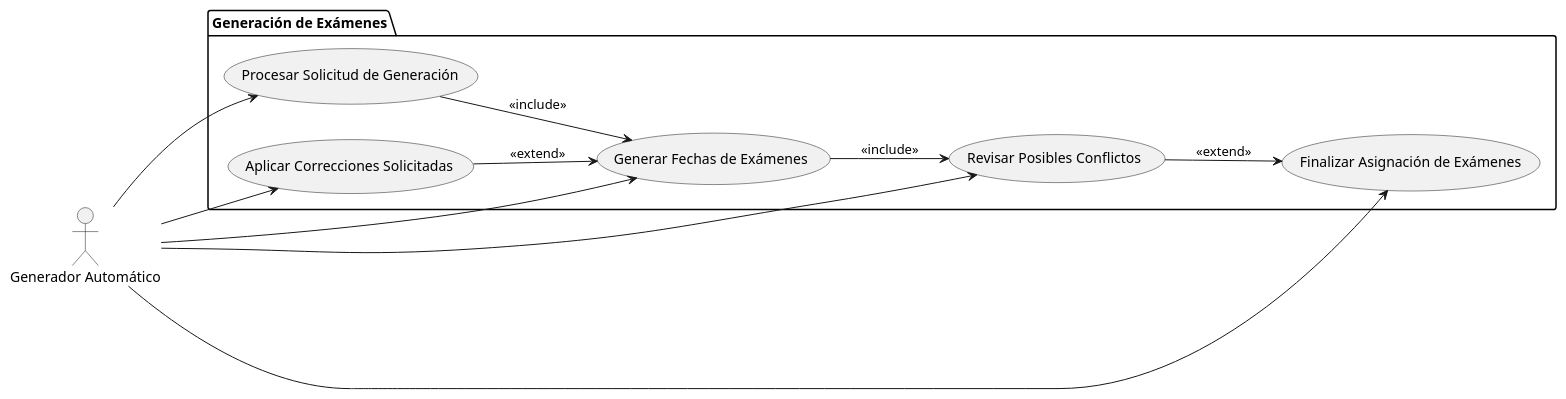
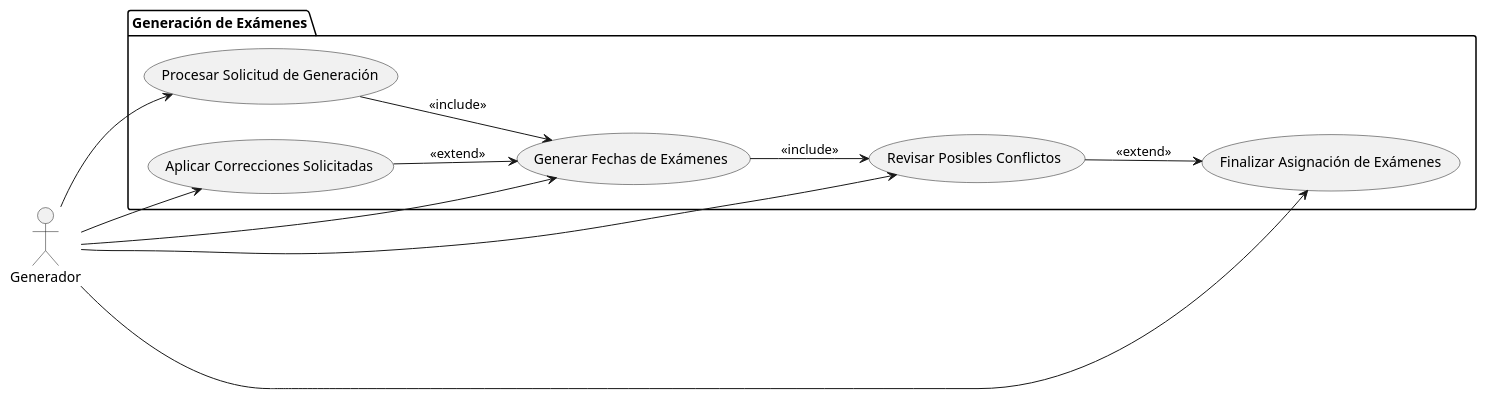
The diagram in casos-de-uso/modelosUML/CdUGenerador.puml (Alejandrojuarez0105/25-26-IdSw1-SdR), drawn with PlantUML before and after one commit. The commit also changed 16 other files, not shown here.

```diff
--- a/casos-de-uso/modelosUML/CdUGenerador.puml
+++ b/casos-de-uso/modelosUML/CdUGenerador.puml
@@ -1,25 +1,25 @@
 @startuml CdU_Generador
 left to right direction
 
-actor "Generador Automático" as Generador
+actor "Generador" as Generador
 
 package "Generación de Exámenes" {
     usecase "Procesar Solicitud de Generación" as ProcesarGeneracion
     usecase "Generar Fechas de Exámenes" as GenerarFechas
     usecase "Revisar Posibles Conflictos" as RevisarConflictos
     usecase "Aplicar Correcciones Solicitadas" as AplicarCorrecciones
     usecase "Finalizar Asignación de Exámenes" as FinalizarAsignacion
 }
 
 Generador --> ProcesarGeneracion
 Generador --> GenerarFechas
 Generador --> RevisarConflictos
 Generador --> AplicarCorrecciones
 Generador --> FinalizarAsignacion
 
 ProcesarGeneracion --> GenerarFechas : <<include>>
 GenerarFechas --> RevisarConflictos : <<include>>
 RevisarConflictos --> FinalizarAsignacion : <<extend>>
 AplicarCorrecciones --> GenerarFechas : <<extend>>
 
 @enduml
```
